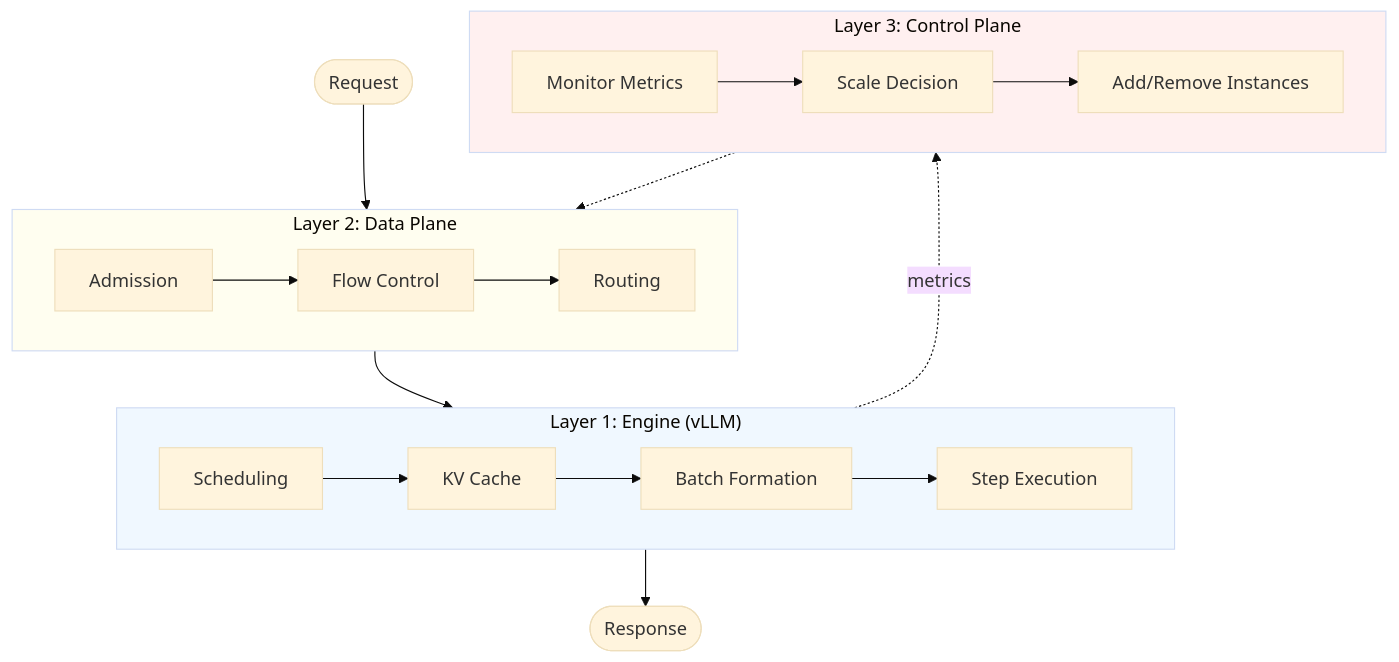
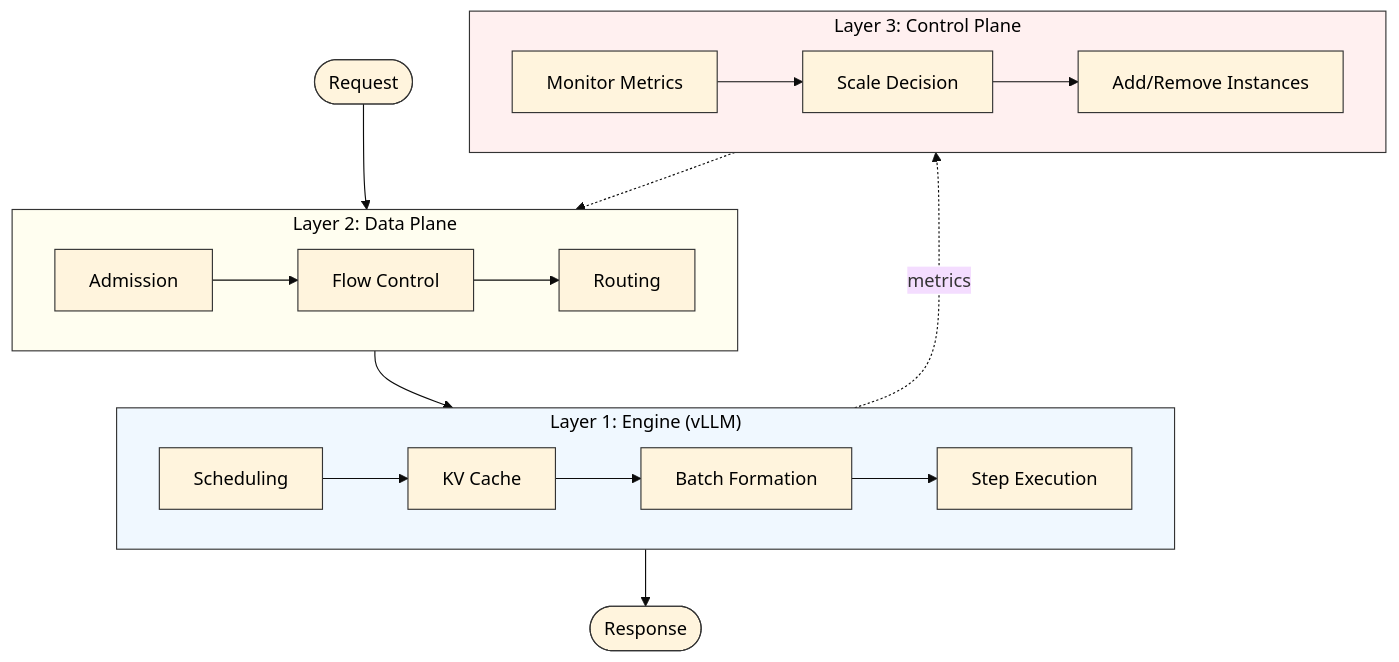
One commit to inference-sim/inference-sim changed the diagram in docs/blog/posts/building-trust-physics-of-simulation.md. Above: the diagram before and after it, drawn with Mermaid (base theme). The commit also changed other lines of this file, not shown here.

Commit message:
fix(blog): use classDef to force black text on all mermaid nodes, change section title

````diff
--- a/docs/blog/posts/building-trust-physics-of-simulation.md
+++ b/docs/blog/posts/building-trust-physics-of-simulation.md
@@ -39,34 +39,37 @@
 ```mermaid
 flowchart TB
     subgraph Layer1["Layer 1: Engine (vLLM)"]
         Sched[Scheduling]
         KV[KV Cache]
         Batch[Batch Formation]
         Step[Step Execution]
         Sched --> KV --> Batch --> Step
     end
 
     subgraph Layer2["Layer 2: Data Plane"]
         Admit[Admission]
         Route[Routing]
         Flow[Flow Control]
         Admit --> Flow --> Route
     end
 
     subgraph Layer3["Layer 3: Control Plane"]
         Monitor[Monitor Metrics]
         Decide[Scale Decision]
         Actuate[Add/Remove Instances]
         Monitor --> Decide --> Actuate
     end
 
     Request([Request]) --> Layer2
     Layer2 --> Layer1
     Layer1 --> Response([Response])
     Layer3 -.-> Layer2
     Layer1 -.->|metrics| Layer3
 
-    style Layer1 fill:#f0f8ff
-    style Layer2 fill:#fffef0
-    style Layer3 fill:#fff0f0
+    classDef blackText color:#000,stroke:#333
+    class Sched,KV,Batch,Step,Admit,Route,Flow,Monitor,Decide,Actuate,Request,Response blackText
+
+    style Layer1 fill:#f0f8ff,stroke:#333,color:#000
+    style Layer2 fill:#fffef0,stroke:#333,color:#000
+    style Layer3 fill:#fff0f0,stroke:#333,color:#000
 ```
````
